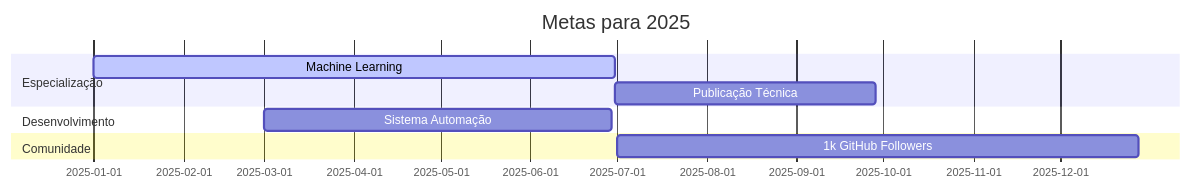
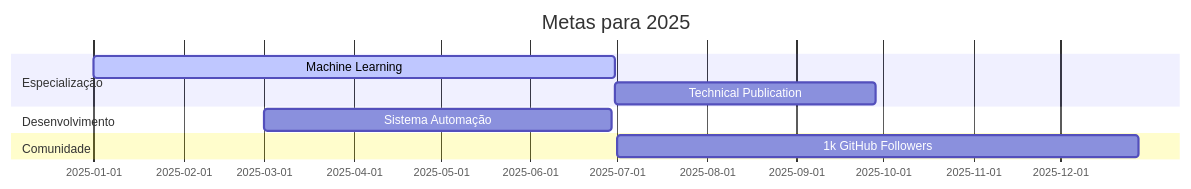
Before and after one commit to delblerferreira/delblerferreira: the first of 2 diagrams in README.md, drawn with Mermaid.

````diff
--- a/README.md
+++ b/README.md
@@ -139,12 +139,12 @@
 ```mermaid
 gantt
     title Metas para 2025
     dateFormat  YYYY-MM-DD
     section Especialização
     Machine Learning           :active,    des1, 2025-01-01, 2025-06-30
-    Publicação Técnica         :         des2, after des1, 90d
+    Technical Publication         :         des2, after des1, 90d
     section Desenvolvimento
     Sistema Automação          :         des3, 2025-03-01, 120d
     section Comunidade
     1k GitHub Followers        :         des4, 2025-07-01, 180d
 ```
````
